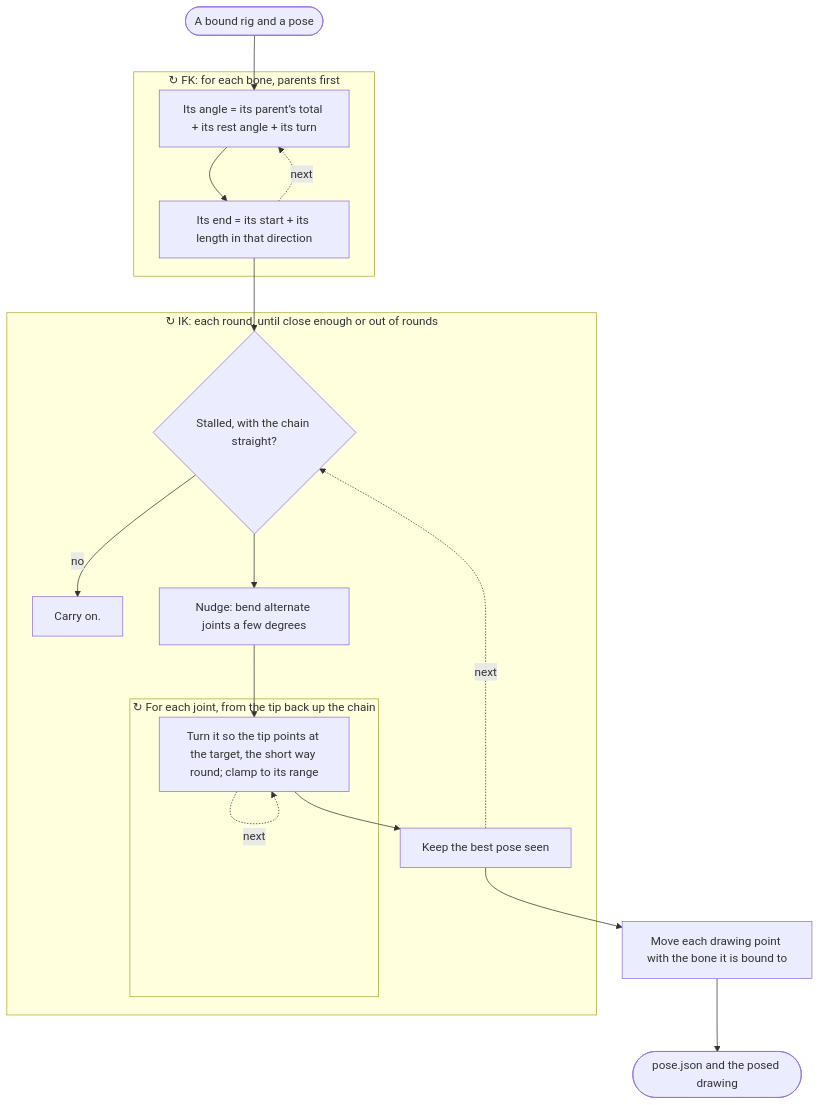
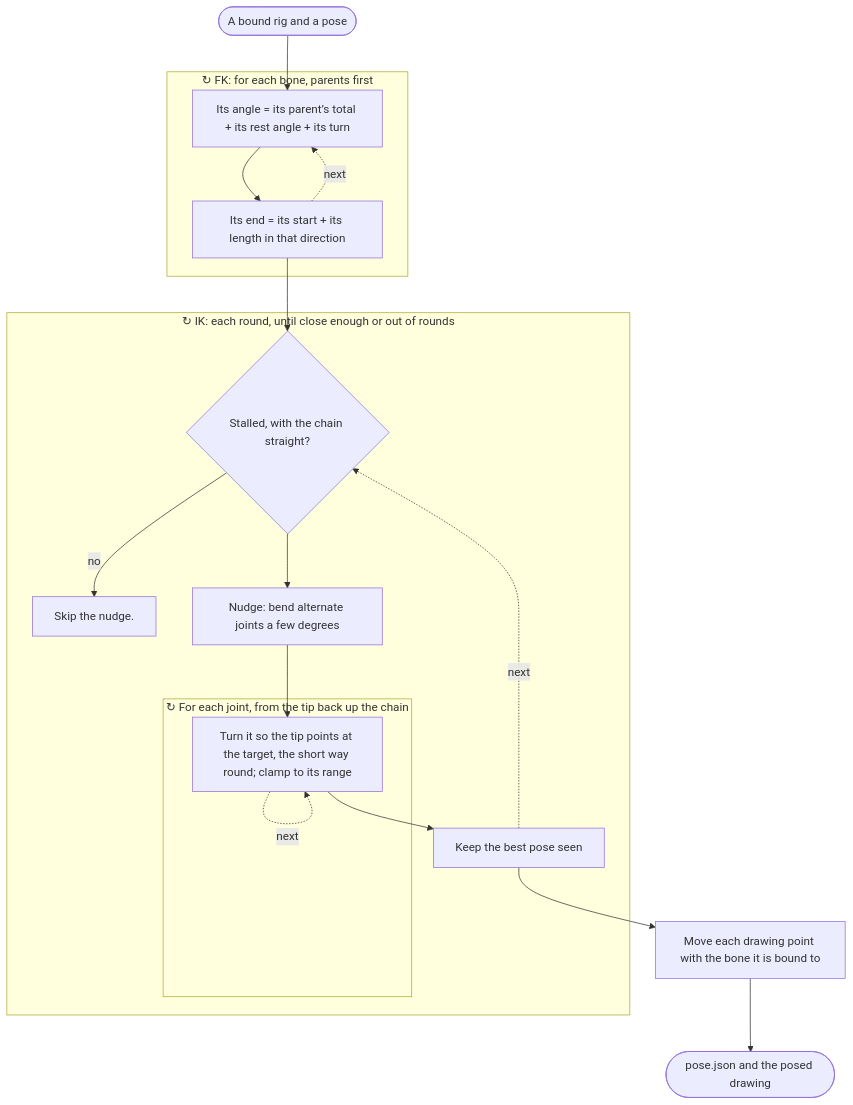
One commit to MabzGamesStudio/VibeToon changed diagram 19 of 29 in docs/ALGORITHMS.md. Above: the diagram before and after it, drawn with Mermaid. The commit also changed other lines of this file and 7 other files, not shown here.

````diff
--- a/docs/ALGORITHMS.md
+++ b/docs/ALGORITHMS.md
@@ -1905,31 +1905,31 @@
 ```mermaid
 flowchart TD
   s1(["A bound rig and a pose"])
   subgraph s2["↻ FK: for each bone, parents first"]
     s3["Its angle = its parent’s total + its rest angle + its turn"]
     s4["Its end = its start + its length in that direction"]
     s3 --> s4
   end
   s4 -. next .-> s3
   s1 --> s3
   subgraph s5["↻ IK: each round, until close enough or out of rounds"]
     s6{"Stalled, with the chain straight?"}
-    s7["Carry on."]
+    s7["Skip the nudge."]
     s6 -- no --> s7
     s8["Nudge: bend alternate joints a few degrees"]
     s6 --> s8
     subgraph s9["↻ For each joint, from the tip back up the chain"]
       s10["Turn it so the tip points at the target, the short way round; clamp to its range"]
     end
     s10 -. next .-> s10
     s8 --> s10
     s11["Keep the best pose seen"]
     s10 --> s11
   end
   s11 -. next .-> s6
   s4 --> s6
   s12["Move each drawing point with the bone it is bound to"]
   s11 --> s12
   s13(["pose.json and the posed drawing"])
   s12 --> s13
 ```
````
